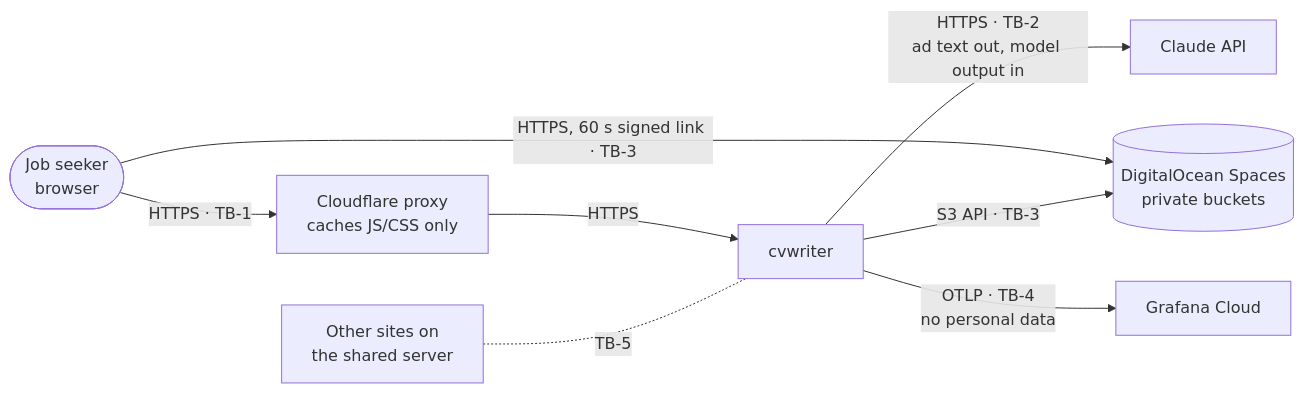
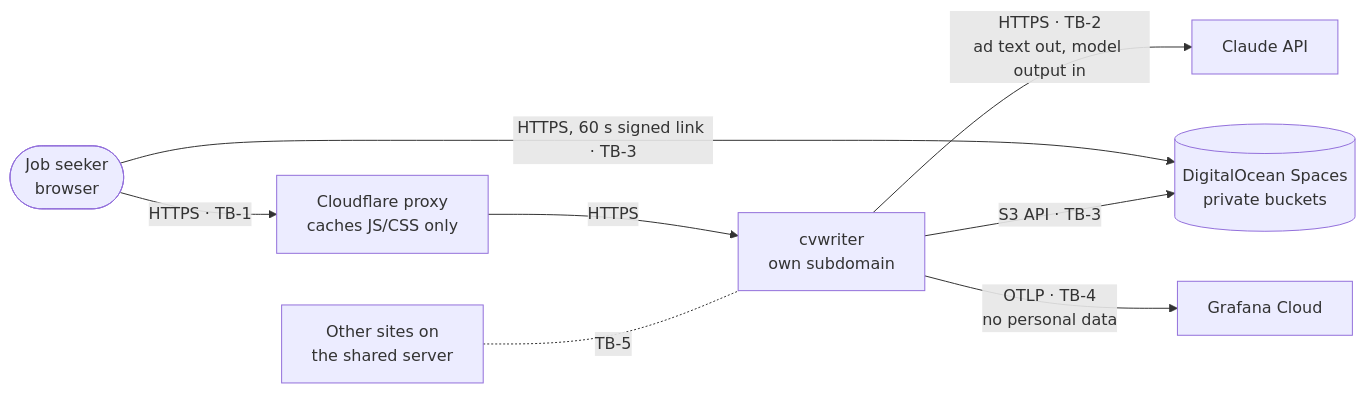
One commit to pyfork/klein-stapje changed the third of 4 diagrams in specs/architecture.md. Above: the diagram before and after it, drawn with Mermaid. The commit also changed other lines of this file, not shown here.

First line of the commit message:
architecture: all open questions decided; sign-in, CV jobs, cv_events, own subdomain, scale path

````diff
--- a/specs/architecture.md
+++ b/specs/architecture.md
@@ -53,10 +66,10 @@
 ```mermaid
 flowchart LR
     owner([Job seeker<br/>browser]) -->|HTTPS · TB-1| cdn[Cloudflare proxy<br/>caches JS/CSS only]
-    cdn -->|HTTPS| system[cvwriter]
+    cdn -->|HTTPS| system[cvwriter<br/>own subdomain]
     owner -->|HTTPS, 60 s signed link · TB-3| spaces[(DigitalOcean Spaces<br/>private buckets)]
     system -->|HTTPS · TB-2<br/>ad text out, model output in| claude[Claude API]
     system -->|S3 API · TB-3| spaces
     system -->|OTLP · TB-4<br/>no personal data| otel[Grafana Cloud]
     tenants[Other sites on<br/>the shared server] -. TB-5 .- system
 ```
````
